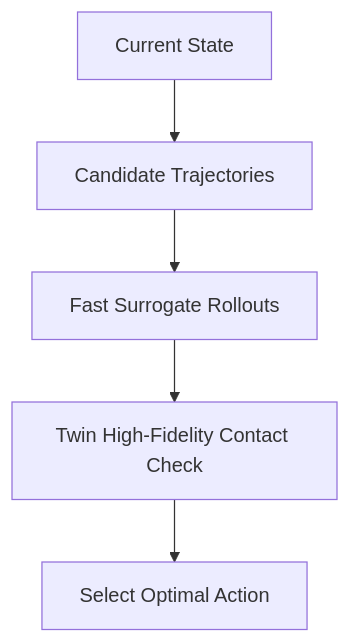
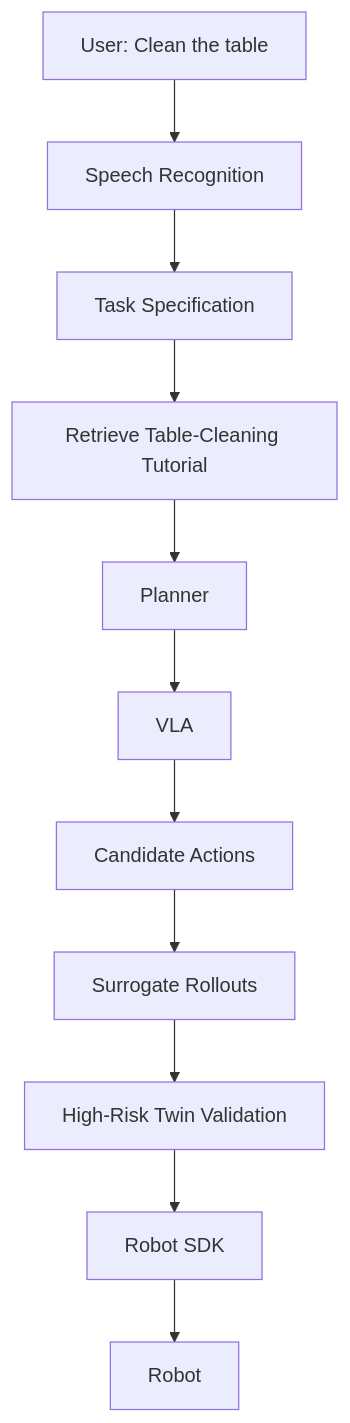
Diagram 14 of 15 in docs/specs/post-demo/lunch_robotics.md (Freelunch-AI/freelunch-ide), drawn with Mermaid before and after one commit. The commit also changed other lines of this file, not shown here.

````diff
--- a/docs/specs/post-demo/lunch_robotics.md
+++ b/docs/specs/post-demo/lunch_robotics.md
@@ -567,7 +949,19 @@
 ```mermaid
 flowchart TD
-    A["Current State"] --> B["Candidate Trajectories"]
-    B --> C["Fast Surrogate Rollouts"]
-    C --> D["Twin High-Fidelity Contact Check"]
-    D --> E["Select Optimal Action"]
+    A["User: Clean the table"]
+    --> B["Speech Recognition"]
+
+    B --> C["Task Specification"]
+    C --> D["Retrieve Table-Cleaning Tutorial"]
+
+    D --> E["Planner"]
+    E --> F["VLA"]
+
+    F --> G["Candidate Actions"]
+    G --> H["Surrogate Rollouts"]
+
+    H --> I["High-Risk Twin Validation"]
+
+    I --> J["Robot SDK"]
+    J --> K["Robot"]
 ```
````
